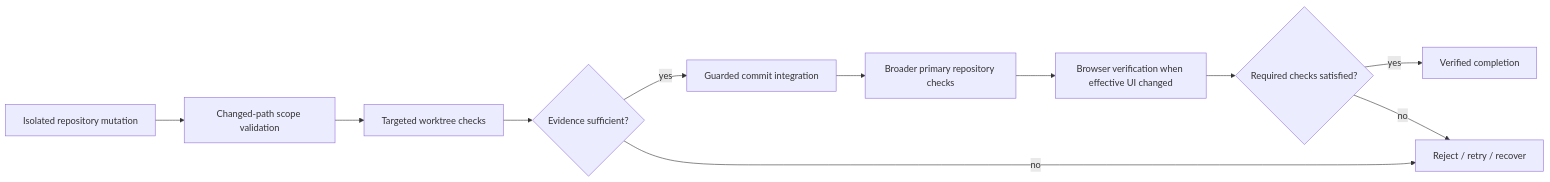
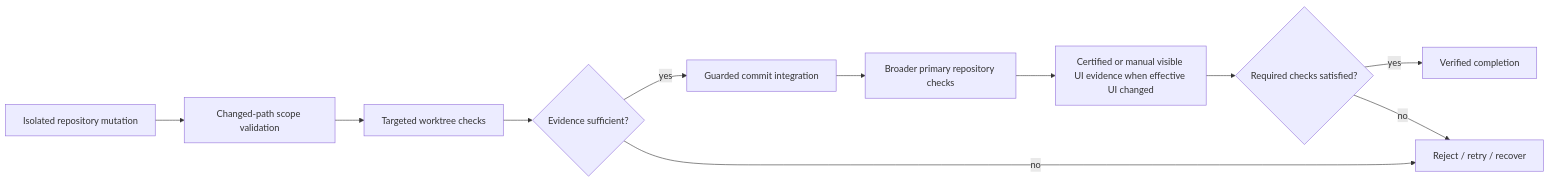
The fourth of 5 diagrams in docs/ARCHITECTURE.md (benclawbot/Medusa), drawn with Mermaid before and after one commit. The commit also changed other lines of this file and 45 other files, not shown here.

````diff
--- a/docs/ARCHITECTURE.md
+++ b/docs/ARCHITECTURE.md
@@ -124,13 +124,13 @@
 ```mermaid
 flowchart LR
     M[Isolated repository mutation] --> I[Changed-path scope validation]
     I --> T[Targeted worktree checks]
     T --> F{Evidence sufficient?}
     F -->|yes| C[Guarded commit integration]
     F -->|no| R[Reject / retry / recover]
     C --> W[Broader primary repository checks]
-    W --> B[Browser verification when effective UI changed]
+    W --> B[Certified or manual visible UI evidence when effective UI changed]
     B --> G{Required checks satisfied?}
     G -->|yes| V[Verified completion]
     G -->|no| R
 ```
````
